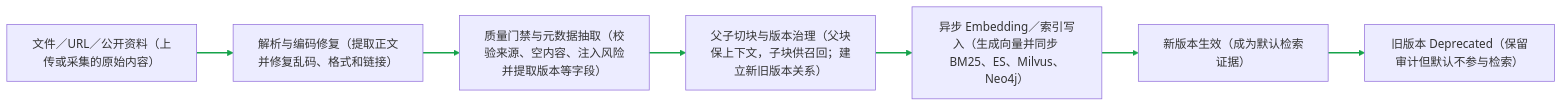
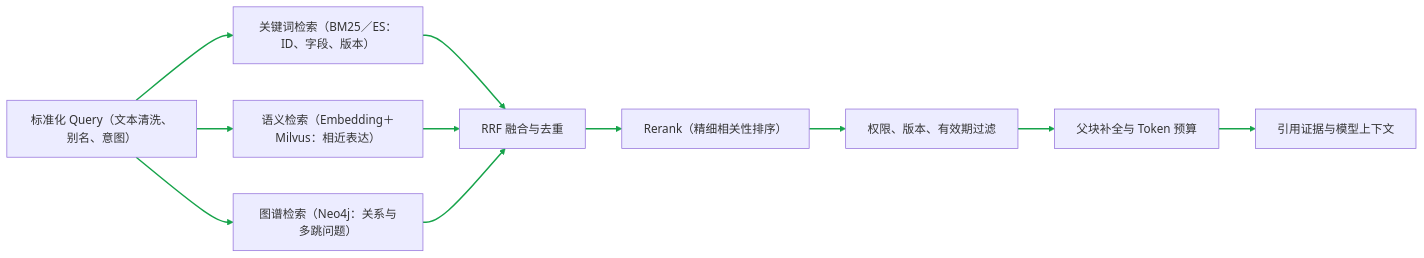
One commit to monstereatai/RAG changed the ninth of 16 diagrams in docs/interview/功能步骤流程.md. Above: the diagram before and after it, drawn with Mermaid. The commit also changed other lines of this file and 3 other files, not shown here.

````diff
--- a/docs/interview/功能步骤流程.md
+++ b/docs/interview/功能步骤流程.md
@@ -1630,10 +313,14 @@
 ```mermaid
 flowchart LR
- A[文件／URL／公开资料（上传或采集的原始内容）] --> B[解析与编码修复（提取正文并修复乱码、格式和链接）]
-  B --> C[质量门禁与元数据抽取（校验来源、空内容、注入风险并提取版本等字段）]
-  C --> D[父子切块与版本治理（父块保上下文，子块供召回；建立新旧版本关系）]
-  D --> E[异步 Embedding／索引写入（生成向量并同步 BM25、ES、Milvus、Neo4j）]
-  E --> F[新版本生效（成为默认检索证据）]
-  F --> G[旧版本 Deprecated（保留审计但默认不参与检索）]
-  linkStyle 0,1,2,3,4,5 stroke:#16a34a,stroke-width:2px
+  A[标准化 Query（文本清洗、别名、意图）] --> B[关键词检索（BM25／ES：ID、字段、版本）]
+  A --> C[语义检索（Embedding＋Milvus：相近表达）]
+  A --> D[图谱检索（Neo4j：关系与多跳问题）]
+  B --> E[RRF 融合与去重]
+  C --> E
+  D --> E
+  E --> F[Rerank（精细相关性排序）]
+  F --> G[权限、版本、有效期过滤]
+  G --> H[父块补全与 Token 预算]
+  H --> I[引用证据与模型上下文]
+  linkStyle 0,1,2,3,4,5,6,7,8,9 stroke:#16a34a,stroke-width:2px
 ```
````
